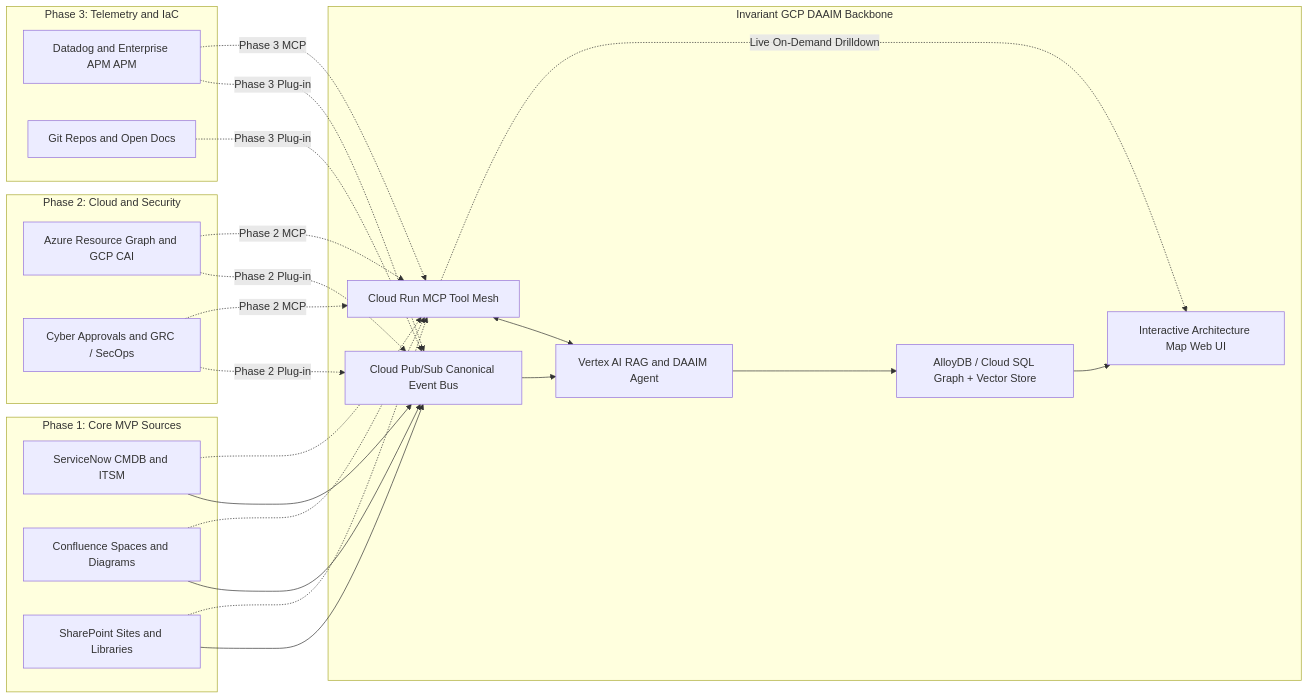
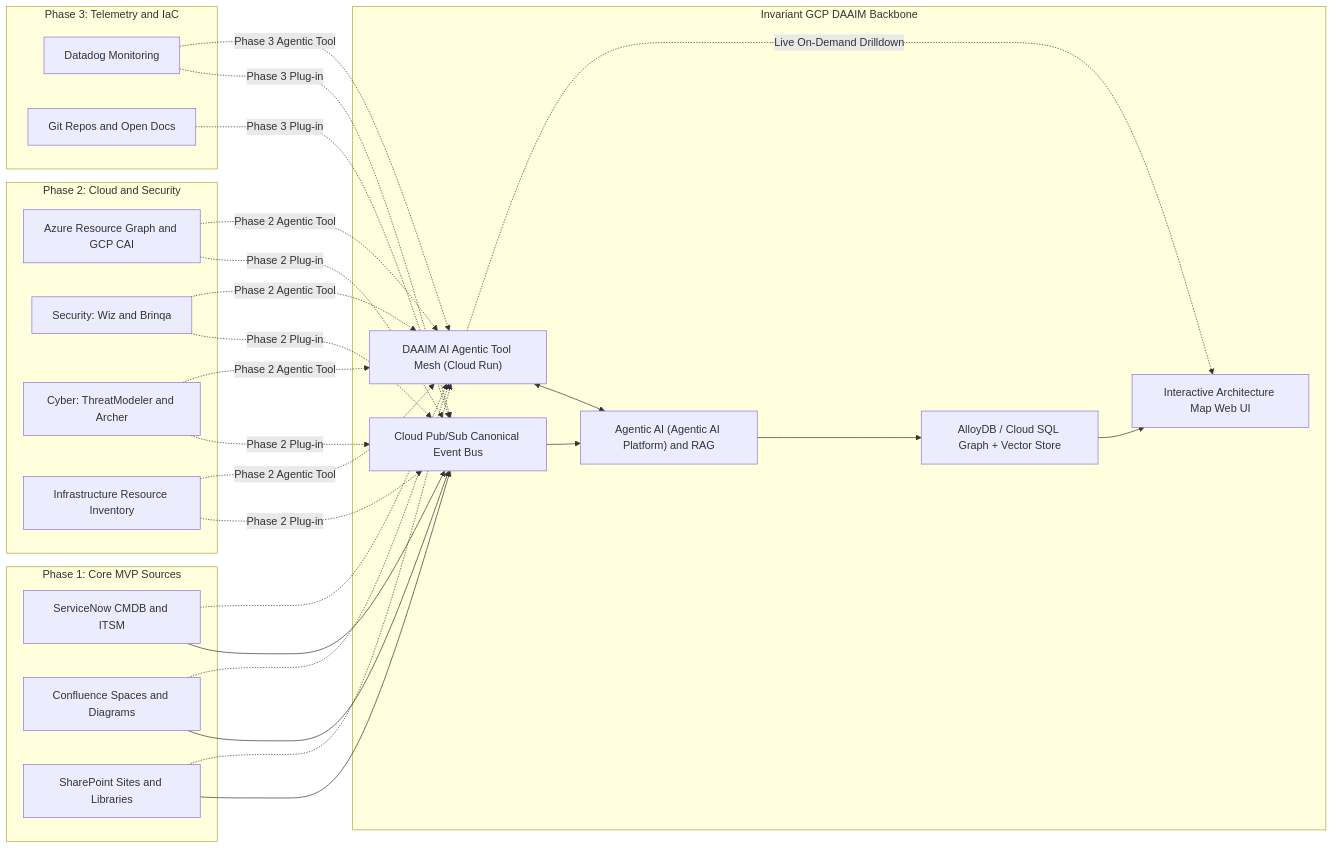
Before and after one commit to ScrappyBeard/DAAIM: the first of 9 diagrams in docs/daaim_architecture_design_doc.md, drawn with Mermaid. The commit also changed other lines of this file and 1 other file, not shown here.

````diff
--- a/docs/daaim_architecture_design_doc.md
+++ b/docs/daaim_architecture_design_doc.md
@@ -35,48 +35,54 @@
 ```mermaid
 flowchart LR
     subgraph P1["Phase 1: Core MVP Sources"]
         SNOW["ServiceNow CMDB and ITSM"]
         CONF["Confluence Spaces and Diagrams"]
         SP["SharePoint Sites and Libraries"]
     end
 
     subgraph P2["Phase 2: Cloud and Security"]
         CLOUD["Azure Resource Graph and GCP CAI"]
-        GRC["Cyber Approvals and GRC / SecOps"]
+        SEC["Security: Wiz and Brinqa"]
+        CYBER["Cyber: ThreatModeler and Archer"]
+        RES["Infrastructure Resource Inventory"]
     end
 
     subgraph P3["Phase 3: Telemetry and IaC"]
-        OBS["Datadog and Enterprise APM APM"]
+        OBS["Datadog Monitoring"]
         GIT["Git Repos and Open Docs"]
     end
 
     subgraph CORE["Invariant GCP DAAIM Backbone"]
         PUBSUB["Cloud Pub/Sub Canonical Event Bus"]
-        MCP["Cloud Run MCP Tool Mesh"]
-        VERTEX["Vertex AI RAG and DAAIM Agent"]
+        TOOL_MESH["DAAIM AI Agentic Tool Mesh (Cloud Run)"]
+        VERTEX["Agentic AI (Agentic AI Platform) and RAG"]
         STORE["AlloyDB / Cloud SQL Graph + Vector Store"]
         UI["Interactive Architecture Map Web UI"]
     end
 
     SNOW --> PUBSUB
     CONF --> PUBSUB
     SP --> PUBSUB
-    SNOW -.-> MCP
-    CONF -.-> MCP
-    SP -.-> MCP
+    SNOW -.-> TOOL_MESH
+    CONF -.-> TOOL_MESH
+    SP -.-> TOOL_MESH
 
     CLOUD -.->|"Phase 2 Plug-in"| PUBSUB
-    GRC -.->|"Phase 2 Plug-in"| PUBSUB
-    CLOUD -.->|"Phase 2 MCP"| MCP
-    GRC -.->|"Phase 2 MCP"| MCP
+    SEC -.->|"Phase 2 Plug-in"| PUBSUB
+    CYBER -.->|"Phase 2 Plug-in"| PUBSUB
+    RES -.->|"Phase 2 Plug-in"| PUBSUB
+    CLOUD -.->|"Phase 2 Agentic Tool"| TOOL_MESH
+    SEC -.->|"Phase 2 Agentic Tool"| TOOL_MESH
+    CYBER -.->|"Phase 2 Agentic Tool"| TOOL_MESH
+    RES -.->|"Phase 2 Agentic Tool"| TOOL_MESH
 
     OBS -.->|"Phase 3 Plug-in"| PUBSUB
     GIT -.->|"Phase 3 Plug-in"| PUBSUB
-    OBS -.->|"Phase 3 MCP"| MCP
+    OBS -.->|"Phase 3 Agentic Tool"| TOOL_MESH
 
     PUBSUB --> VERTEX
-    MCP <--> VERTEX
+    TOOL_MESH <--> VERTEX
     VERTEX --> STORE
     STORE --> UI
-    MCP -.->|"Live On-Demand Drilldown"| UI
+    TOOL_MESH -.->|"Live On-Demand Drilldown"| UI
 ```
````
